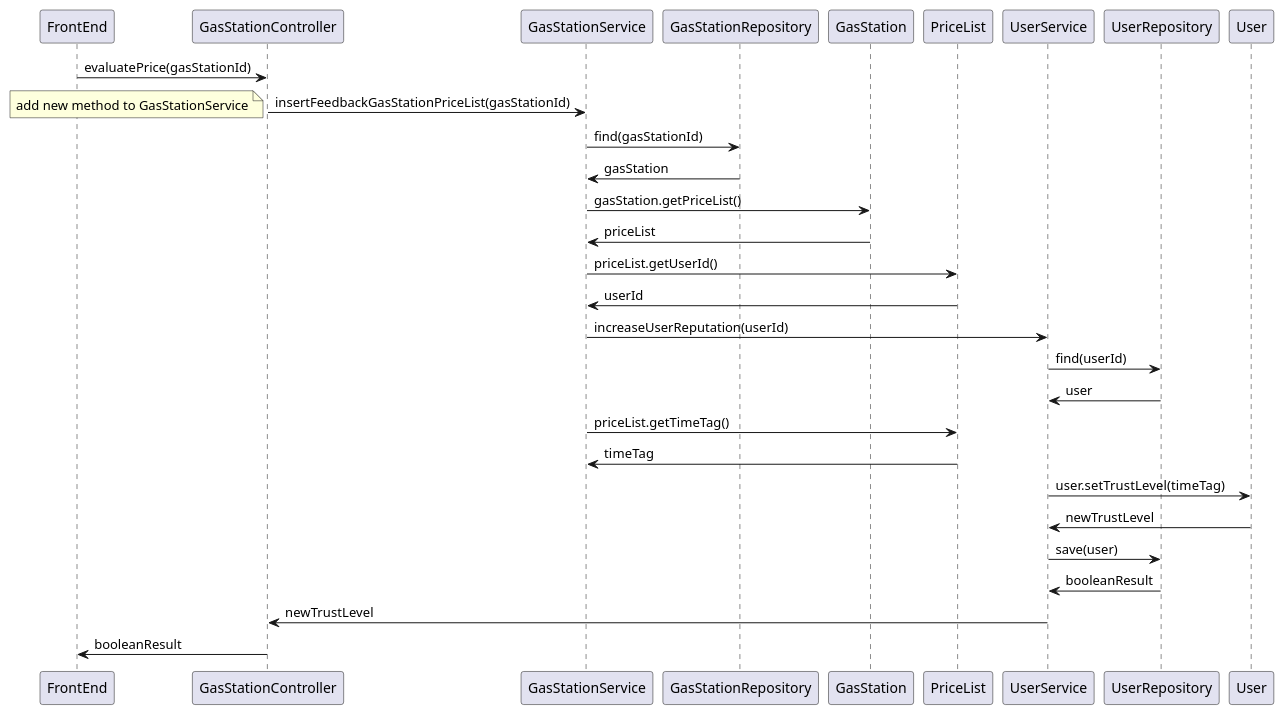
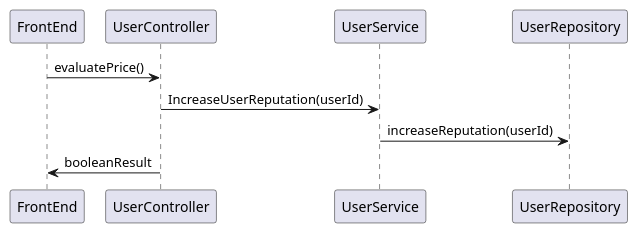
One commit to CangaRouter/ExGas changed diagram 13 of 13 in docs/DesignDocument.md. Above: the diagram before and after it, drawn with PlantUML. The commit also changed other lines of this file, not shown here.

Commit message:
Fix: minor modification to sequence diagrams

````diff
--- a/docs/DesignDocument.md
+++ b/docs/DesignDocument.md
@@ -692,24 +685,8 @@
 ```plantuml
 @startuml
-    FrontEnd -> GasStationController : evaluatePrice(gasStationId)
-    GasStationController -> GasStationService: insertFeedbackGasStationPriceList(gasStationId)
-    note left: add new method to GasStationService
-    GasStationService -> GasStationRepository: find(gasStationId)
-    GasStationRepository -> GasStationService: gasStation
-    GasStationService->  GasStation: gasStation.getPriceList()
-    GasStation -> GasStationService: priceList
-    GasStationService -> PriceList: priceList.getUserId()
-    PriceList -> GasStationService: userId
-    GasStationService -> UserService: increaseUserReputation(userId)
-    UserService -> UserRepository: find(userId)
-    UserRepository -> UserService: user
-    GasStationService -> PriceList: priceList.getTimeTag()
-    PriceList -> GasStationService: timeTag
-    UserService -> User: user.setTrustLevel(timeTag)
-    User -> UserService: newTrustLevel
-    UserService -> UserRepository: save(user)
-    UserRepository -> UserService: booleanResult
-    UserService -> GasStationController: newTrustLevel
-    GasStationController -> FrontEnd: booleanResult
+    FrontEnd -> UserController : evaluatePrice()
+    UserController -> UserService: IncreaseUserReputation(userId)
+    UserService -> UserRepository: increaseReputation(userId)
+    UserController -> FrontEnd: booleanResult
 @enduml
 ```
````
